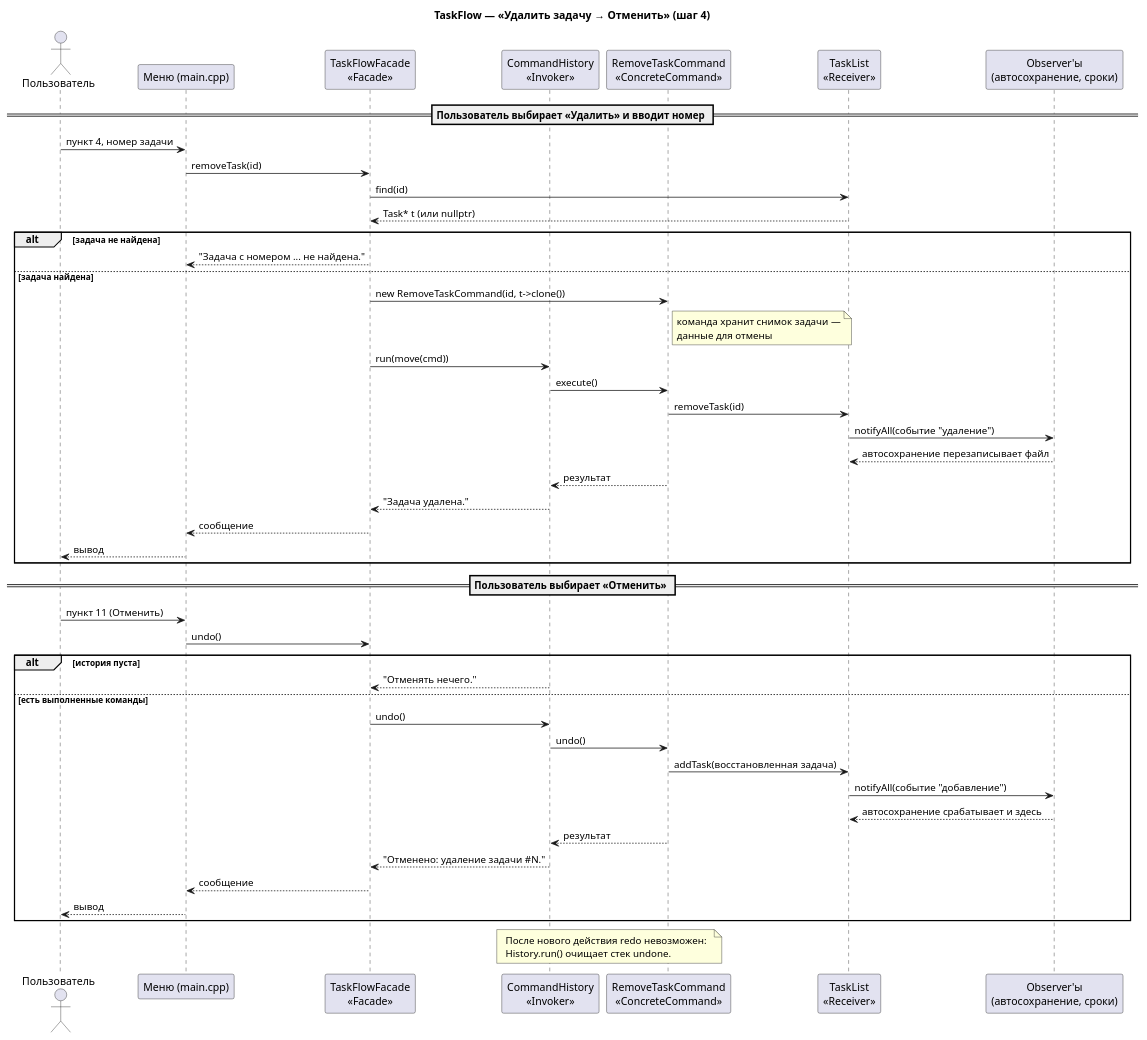
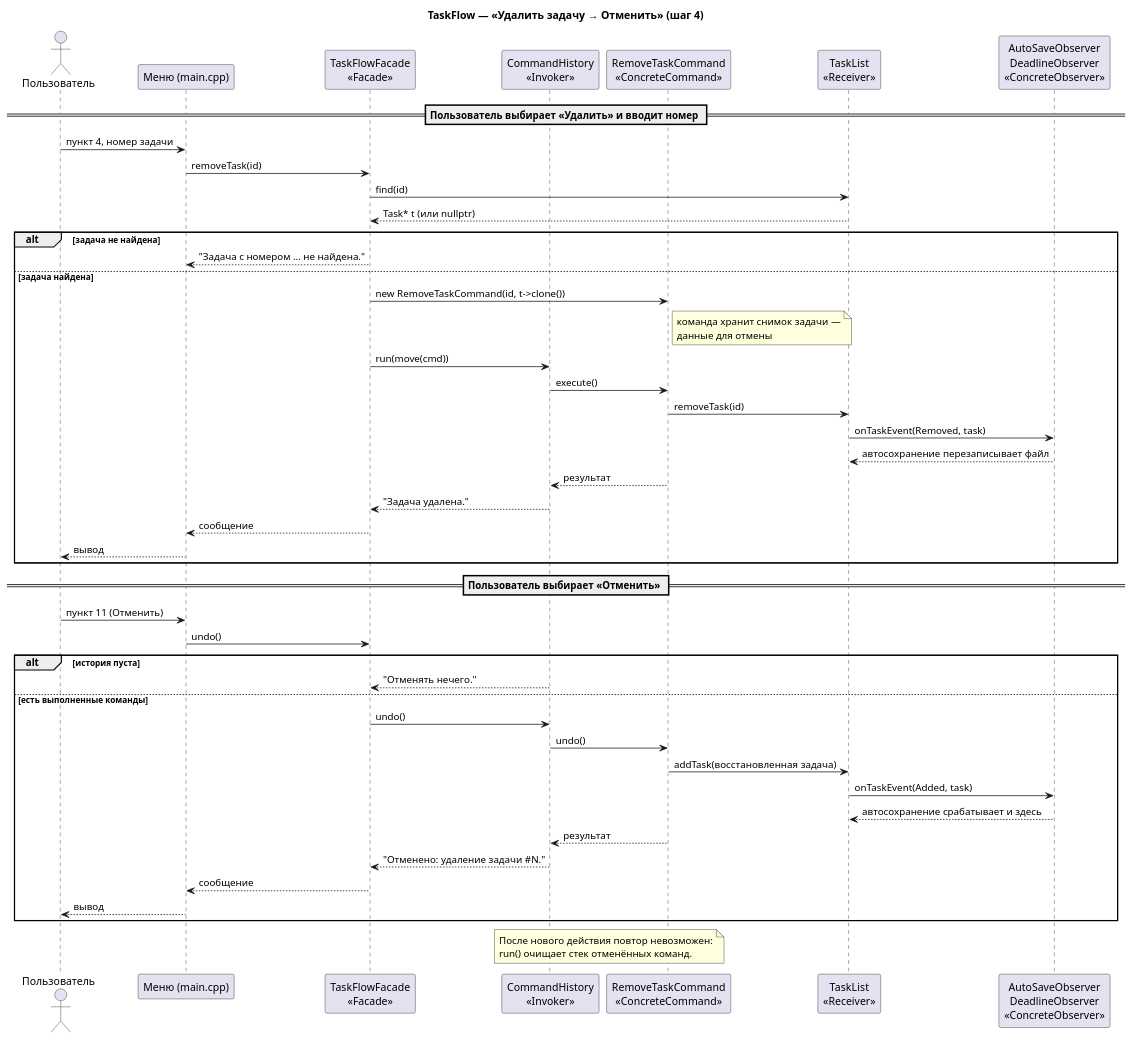
Before and after one commit to Ruslan1209/TaskFlow: the diagram in docs/uml/07_seq_undo.puml, drawn with PlantUML.

```diff
--- a/docs/uml/07_seq_undo.puml
+++ b/docs/uml/07_seq_undo.puml
@@ -1,54 +1,54 @@
 @startuml
 title TaskFlow — «Удалить задачу → Отменить» (шаг 4)
 
 actor Пользователь
 participant "Меню (main.cpp)" as Menu
 participant "TaskFlowFacade\n<<Facade>>" as Facade
 participant "CommandHistory\n<<Invoker>>" as History
 participant "RemoveTaskCommand\n<<ConcreteCommand>>" as Cmd
 participant "TaskList\n<<Receiver>>" as List
-participant "Observer'ы\n(автосохранение, сроки)" as Obs
+participant "AutoSaveObserver\nDeadlineObserver\n<<ConcreteObserver>>" as Obs
 
 == Пользователь выбирает «Удалить» и вводит номер ==
 Пользователь -> Menu : пункт 4, номер задачи
 Menu -> Facade : removeTask(id)
 Facade -> List : find(id)
 List --> Facade : Task* t (или nullptr)
 alt задача не найдена
   Facade --> Menu : "Задача с номером ... не найдена."
 else задача найдена
   Facade -> Cmd : new RemoveTaskCommand(id, t->clone())
   note right of Cmd : команда хранит снимок задачи —\nданные для отмены
   Facade -> History : run(move(cmd))
   History -> Cmd : execute()
   Cmd -> List : removeTask(id)
-  List -> Obs : notifyAll(событие "удаление")
+  List -> Obs : onTaskEvent(Removed, task)
   Obs --> List : автосохранение перезаписывает файл
   Cmd --> History : результат
   History --> Facade : "Задача удалена."
   Facade --> Menu : сообщение
   Menu --> Пользователь : вывод
 end
 
 == Пользователь выбирает «Отменить» ==
 Пользователь -> Menu : пункт 11 (Отменить)
 Menu -> Facade : undo()
 alt история пуста
   History --> Facade : "Отменять нечего."
 else есть выполненные команды
   Facade -> History : undo()
   History -> Cmd : undo()
   Cmd -> List : addTask(восстановленная задача)
-  List -> Obs : notifyAll(событие "добавление")
+  List -> Obs : onTaskEvent(Added, task)
   Obs --> List : автосохранение срабатывает и здесь
   Cmd --> History : результат
   History --> Facade : "Отменено: удаление задачи #N."
   Facade --> Menu : сообщение
   Menu --> Пользователь : вывод
 end
 
 note over History, Cmd
-  После нового действия redo невозможен:
-  History.run() очищает стек undone.
+  После нового действия повтор невозможен:
+  run() очищает стек отменённых команд.
 end note
 @enduml
```
